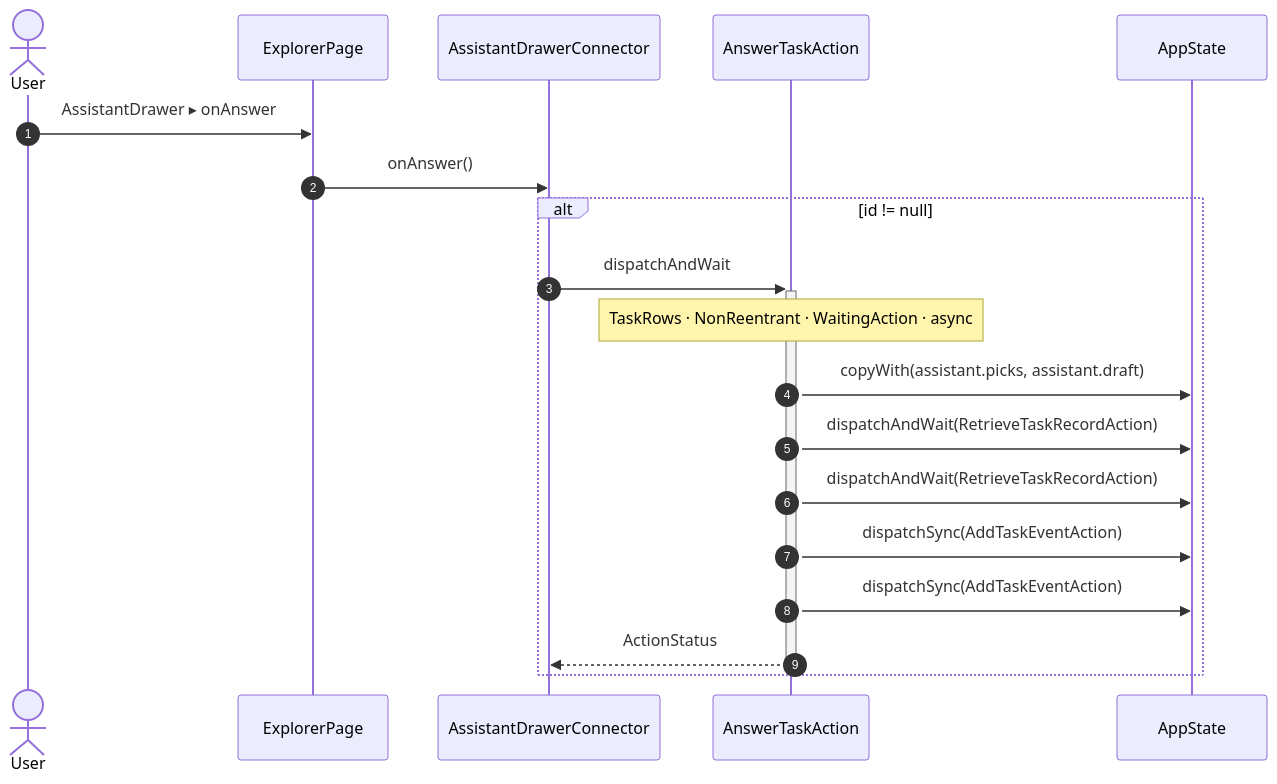
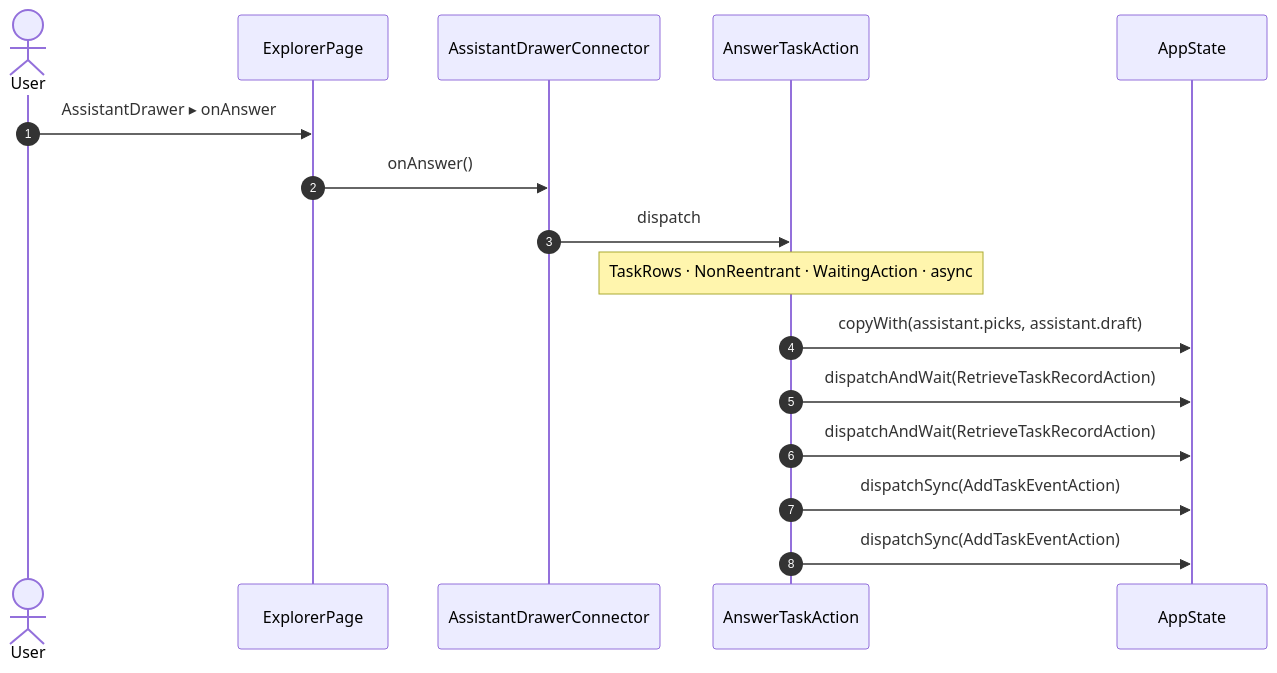
Diagram 35 of 55 in studio/docs/flows/explorer.md (gencto/wyrm), drawn with Mermaid before and after one commit. The commit also changed other lines of this file and 94 other files, not shown here.

First line of the commit message:
studio: assistant: typed wire, words in ui, one action per intent

````diff
--- a/studio/docs/flows/explorer.md
+++ b/studio/docs/flows/explorer.md
@@ -661,22 +658,19 @@
 ```mermaid
 sequenceDiagram
     autonumber
     actor User
     participant UI as ExplorerPage
     participant R1 as AssistantDrawerConnector
     participant A1 as AnswerTaskAction
     participant ST as AppState
 
     User->>UI: AssistantDrawer ▸ onAnswer
     UI->>R1: onAnswer()
-    alt id != null
-        R1->>+A1: dispatchAndWait
-        Note over A1: TaskRows · NonReentrant · WaitingAction · async
-        A1->>ST: copyWith(assistant.picks, assistant.draft)
-        A1->>ST: dispatchAndWait(RetrieveTaskRecordAction)
-        A1->>ST: dispatchAndWait(RetrieveTaskRecordAction)
-        A1->>ST: dispatchSync(AddTaskEventAction)
-        A1->>ST: dispatchSync(AddTaskEventAction)
-        A1-->>-R1: ActionStatus
-    end
+    R1->>A1: dispatch
+    Note over A1: TaskRows · NonReentrant · WaitingAction · async
+    A1->>ST: copyWith(assistant.picks, assistant.draft)
+    A1->>ST: dispatchAndWait(RetrieveTaskRecordAction)
+    A1->>ST: dispatchAndWait(RetrieveTaskRecordAction)
+    A1->>ST: dispatchSync(AddTaskEventAction)
+    A1->>ST: dispatchSync(AddTaskEventAction)
 ```
````
